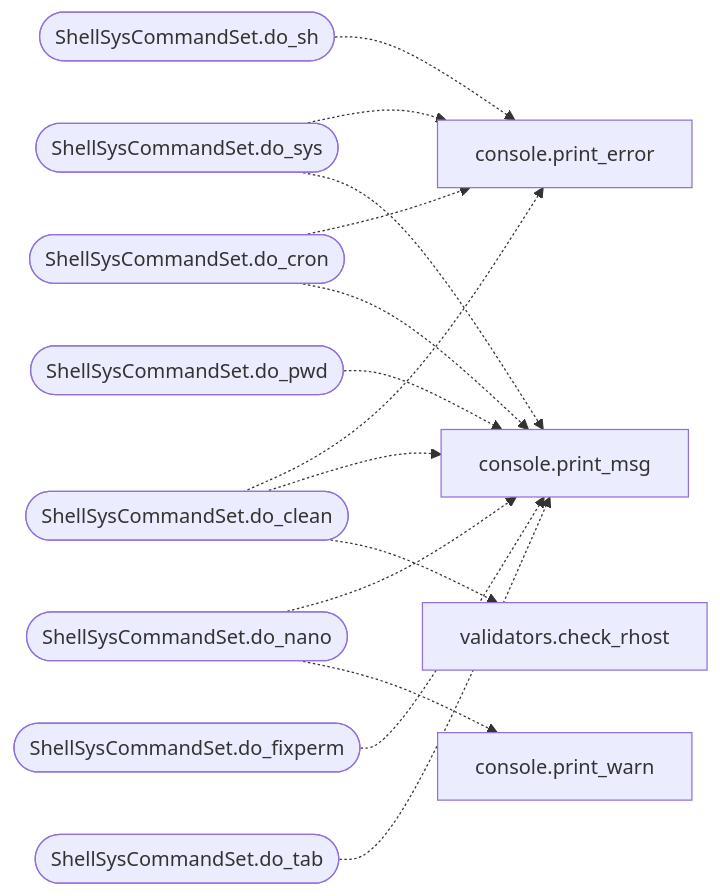
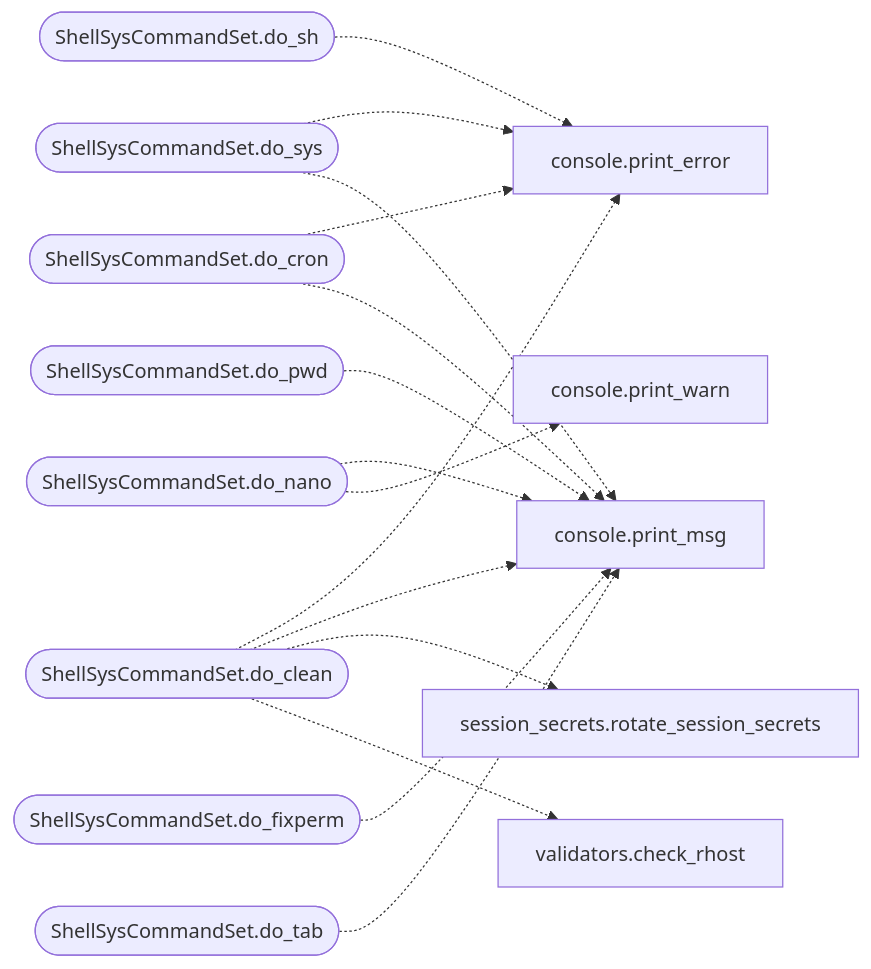
Before and after one commit to grisuno/LazyOwn: the second of 2 diagrams in readmenator-apidocs/modules/cli.commands.shellsys.py.md, drawn with Mermaid. The commit also changed other lines of this file and 203 other files, not shown here.

First line of the commit message:
feat(audit): wave 2 - rotative session secrets, sleep obfuscation, configurable persistence, utls JA3

````diff
--- a/readmenator-apidocs/modules/cli.commands.shellsys.py.md
+++ b/readmenator-apidocs/modules/cli.commands.shellsys.py.md
@@ -40,28 +40,30 @@
 ```mermaid
 flowchart LR
     n_cli_commands_shellsys_py__ShellSysCommandSet_do_sh(["ShellSysCommandSet.do_sh"])
     n_core_console_py__print_error["console.print_error"]
     n_cli_commands_shellsys_py__ShellSysCommandSet_do_sys(["ShellSysCommandSet.do_sys"])
     n_core_console_py__print_msg["console.print_msg"]
     n_cli_commands_shellsys_py__ShellSysCommandSet_do_pwd(["ShellSysCommandSet.do_pwd"])
     n_cli_commands_shellsys_py__ShellSysCommandSet_do_nano(["ShellSysCommandSet.do_nano"])
     n_core_console_py__print_warn["console.print_warn"]
     n_cli_commands_shellsys_py__ShellSysCommandSet_do_cron(["ShellSysCommandSet.do_cron"])
     n_cli_commands_shellsys_py__ShellSysCommandSet_do_clean(["ShellSysCommandSet.do_clean"])
+    n_core_session_secrets_py__rotate_session_secrets["session_secrets.rotate_session_secrets"]
     n_core_validators_py__check_rhost["validators.check_rhost"]
     n_cli_commands_shellsys_py__ShellSysCommandSet_do_fixperm(["ShellSysCommandSet.do_fixperm"])
     n_cli_commands_shellsys_py__ShellSysCommandSet_do_tab(["ShellSysCommandSet.do_tab"])
     n_cli_commands_shellsys_py__ShellSysCommandSet_do_sh -.-> n_core_console_py__print_error
     n_cli_commands_shellsys_py__ShellSysCommandSet_do_sys -.-> n_core_console_py__print_error
     n_cli_commands_shellsys_py__ShellSysCommandSet_do_sys -.-> n_core_console_py__print_msg
     n_cli_commands_shellsys_py__ShellSysCommandSet_do_pwd -.-> n_core_console_py__print_msg
     n_cli_commands_shellsys_py__ShellSysCommandSet_do_nano -.-> n_core_console_py__print_msg
     n_cli_commands_shellsys_py__ShellSysCommandSet_do_nano -.-> n_core_console_py__print_warn
     n_cli_commands_shellsys_py__ShellSysCommandSet_do_cron -.-> n_core_console_py__print_error
     n_cli_commands_shellsys_py__ShellSysCommandSet_do_cron -.-> n_core_console_py__print_msg
     n_cli_commands_shellsys_py__ShellSysCommandSet_do_clean -.-> n_core_console_py__print_error
     n_cli_commands_shellsys_py__ShellSysCommandSet_do_clean -.-> n_core_console_py__print_msg
+    n_cli_commands_shellsys_py__ShellSysCommandSet_do_clean -.-> n_core_session_secrets_py__rotate_session_secrets
     n_cli_commands_shellsys_py__ShellSysCommandSet_do_clean -.-> n_core_validators_py__check_rhost
     n_cli_commands_shellsys_py__ShellSysCommandSet_do_fixperm -.-> n_core_console_py__print_msg
     n_cli_commands_shellsys_py__ShellSysCommandSet_do_tab -.-> n_core_console_py__print_msg
 ```
````
